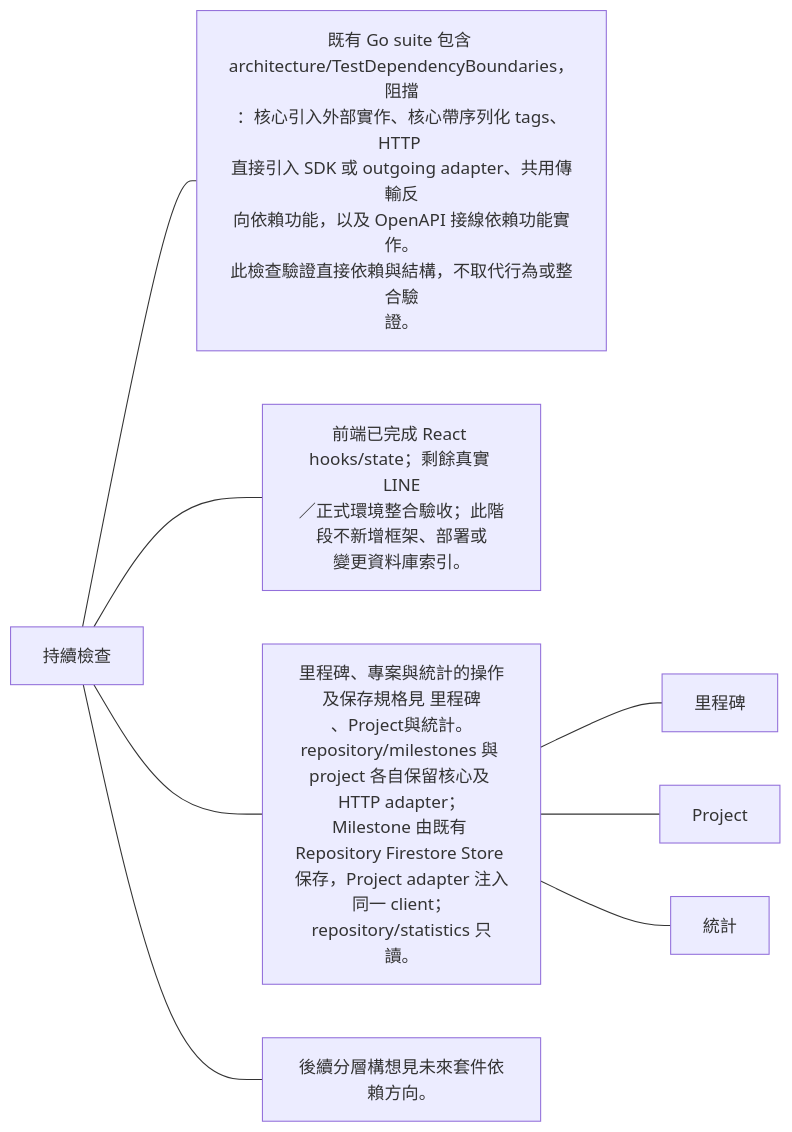
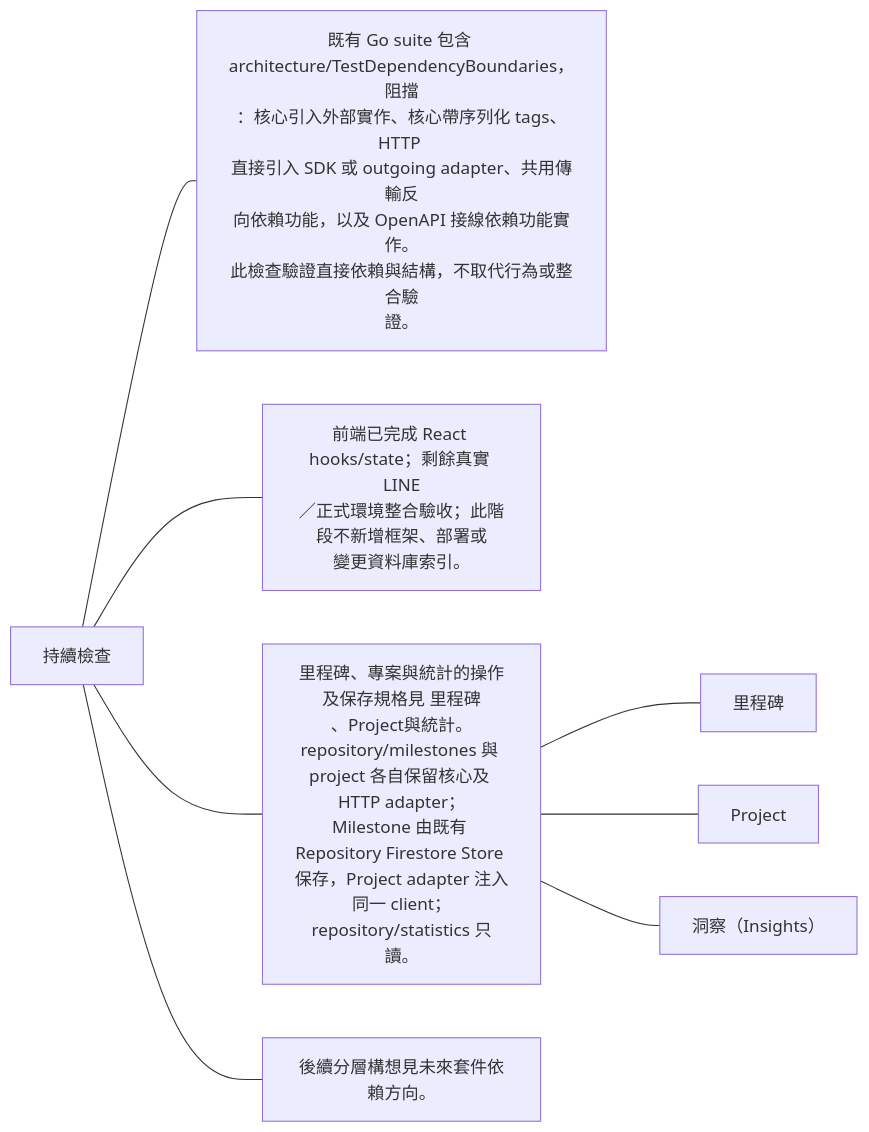
The sixth of 6 diagrams in docs/architecture/runtime/backend-boundaries.md (963sup/line-mini-app-bot), drawn with Mermaid before and after one commit. The commit also changed 17 other files, not shown here.

Commit message:
feat(repository): present statistics in Insights (#12)

````diff
--- a/docs/architecture/runtime/backend-boundaries.md
+++ b/docs/architecture/runtime/backend-boundaries.md
@@ -72,15 +72,15 @@
 ```mermaid
 flowchart LR
   h["持續檢查"]
   h --- n0["既有 Go suite 包含 <br/>architecture/TestDependencyBoundaries，阻擋<br/>：核心引入外部實作、核心帶序列化 tags、HTTP <br/>直接引入 SDK 或 outgoing adapter、共用傳輸反<br/>向依賴功能，以及 OpenAPI 接線依賴功能實作。<br/>此檢查驗證直接依賴與結構，不取代行為或整合驗<br/>證。"]
   h --- n1["前端已完成 React hooks/state；剩餘真實 LINE<br/>／正式環境整合驗收；此階段不新增框架、部署或<br/>變更資料庫索引。"]
   h --- n2["里程碑、專案與統計的操作及保存規格見 里程碑<br/>、Project與統計。repository/milestones 與 <br/>project 各自保留核心及 HTTP adapter；<br/>Milestone 由既有 Repository Firestore Store <br/>保存，Project adapter 注入同一 client；<br/>repository/statistics 只讀。"]
   n2 --- n2l0["里程碑"]
   click n2l0 "../../domains/repository/milestones.md"
   n2 --- n2l1["Project"]
   click n2l1 "../../domains/project.md"
-  n2 --- n2l2["統計"]
-  click n2l2 "../../domains/repository/statistics.md"
+  n2 --- n2l2["洞察（Insights）"]
+  click n2l2 "../../domains/repository/insights.md"
   h --- n3["後續分層構想見未來套件依賴方向。"]
   click n3 "dependencies.md#允許方向"
 ```
````
